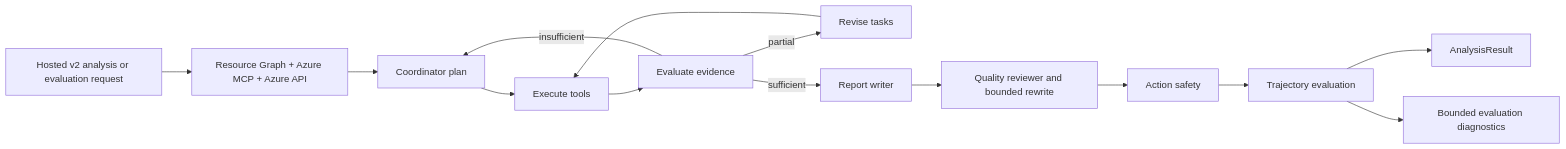
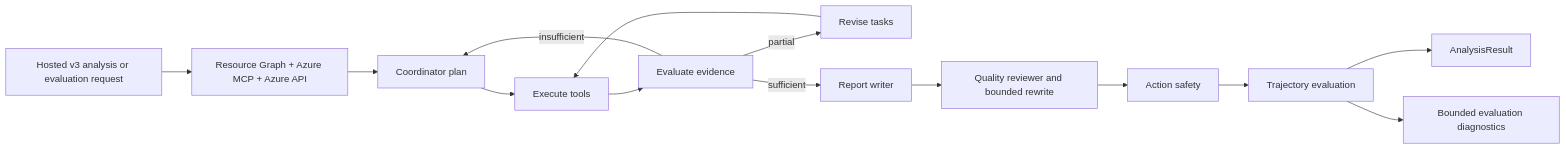
Before and after one commit to Networkdog/AzBriefEnterprise: the diagram in src/agent/README.md, drawn with Mermaid. The commit also changed other lines of this file and 18 other files, not shown here.

````diff
--- a/src/agent/README.md
+++ b/src/agent/README.md
@@ -31,16 +32,16 @@
 ```mermaid
 flowchart LR
-  I[Hosted v2 analysis or evaluation request] --> E[Resource Graph + Azure MCP + Azure API]
+  I[Hosted v3 analysis or evaluation request] --> E[Resource Graph + Azure MCP + Azure API]
   E --> P[Coordinator plan]
     P --> X[Execute tools]
     X --> V[Evaluate evidence]
     V -->|partial| T[Revise tasks]
     T --> X
     V -->|insufficient| P
     V -->|sufficient| R[Report writer]
     R --> Q[Quality reviewer and bounded rewrite]
     Q --> A[Action safety]
     A --> TQ[Trajectory evaluation]
     TQ --> O[AnalysisResult]
     TQ --> D[Bounded evaluation diagnostics]
 ```
````
